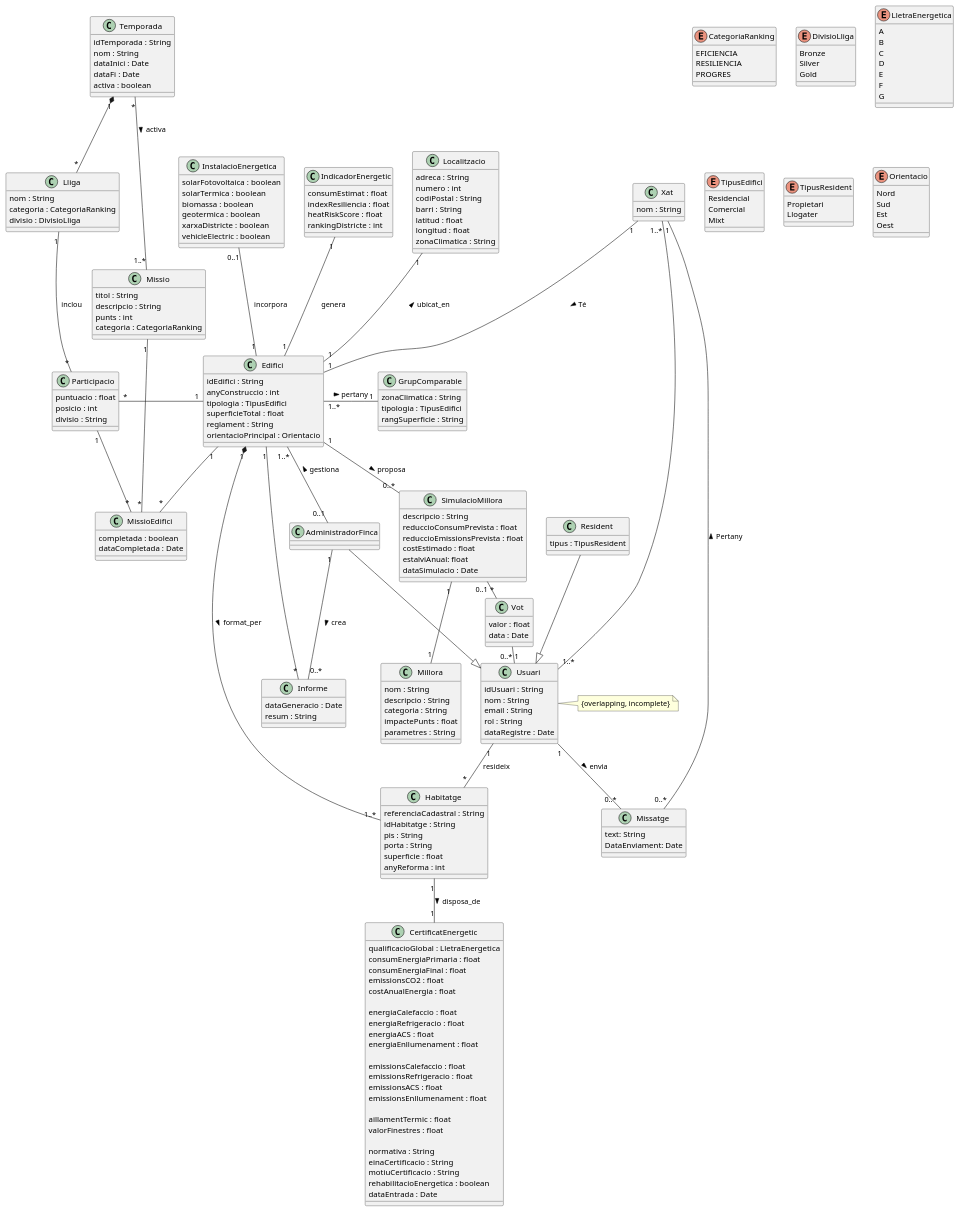
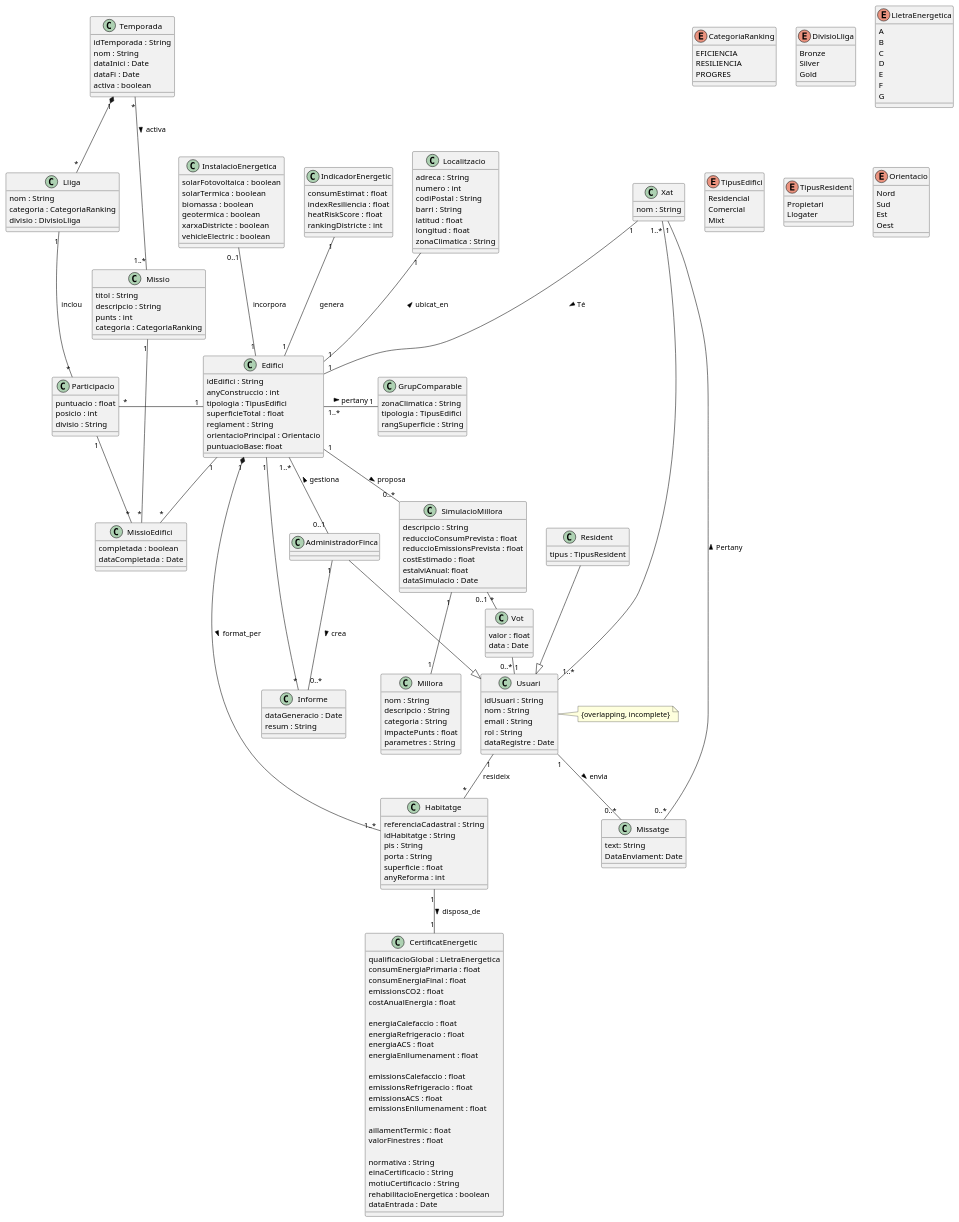
The diagram in src/diagram.puml (ScoreLab-Team/Backend-BuildRank), drawn with PlantUML before and after one commit.

Commit message:
Add: puntsBase en Edifici

```diff
--- a/src/diagram.puml
+++ b/src/diagram.puml
@@ -7,6 +7,7 @@
     superficieTotal : float
     reglament : String
     orientacioPrincipal : Orientacio
+    puntuacioBase: float
 }
 
 class Habitatge {
```
